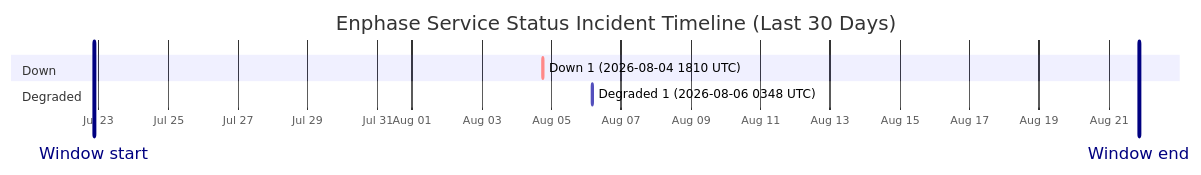
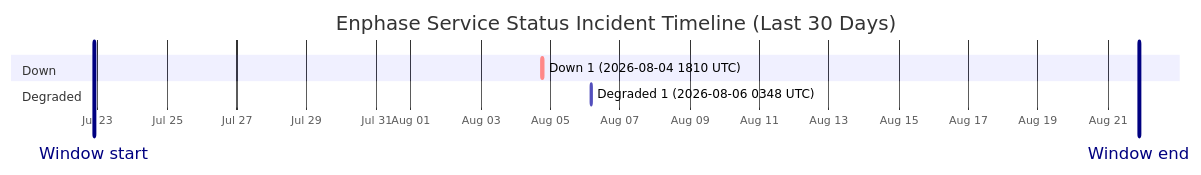
Before and after one commit to barneyonline/ha-enphase-energy: the diagram in wiki/Service-Status-History.md, drawn with Mermaid. The commit also changed other lines of this file and 3 other files, not shown here.

````diff
--- a/wiki/Service-Status-History.md
+++ b/wiki/Service-Status-History.md
@@ -14,12 +14,12 @@
 ```mermaid
 gantt
     title Enphase Service Status Incident Timeline (Last 30 Days)
     dateFormat  YYYY-MM-DDTHH:mm:ss
     axisFormat  %b %d
-    Window start :vert, window-start, 2026-07-22T20:49:25, 0ms
-    Window end :vert, window-end, 2026-08-21T20:49:25, 0ms
+    Window start :vert, window-start, 2026-07-22T21:21:44, 0ms
+    Window end :vert, window-end, 2026-08-21T21:21:44, 0ms
     section Down
     Down 1 (2026-08-04 1810 UTC) :crit, down-1, 2026-08-04T18:10:46, 60m
     section Degraded
     Degraded 1 (2026-08-06 0348 UTC) :active, degraded-1, 2026-08-06T03:48:14, 60m
 ```
````
